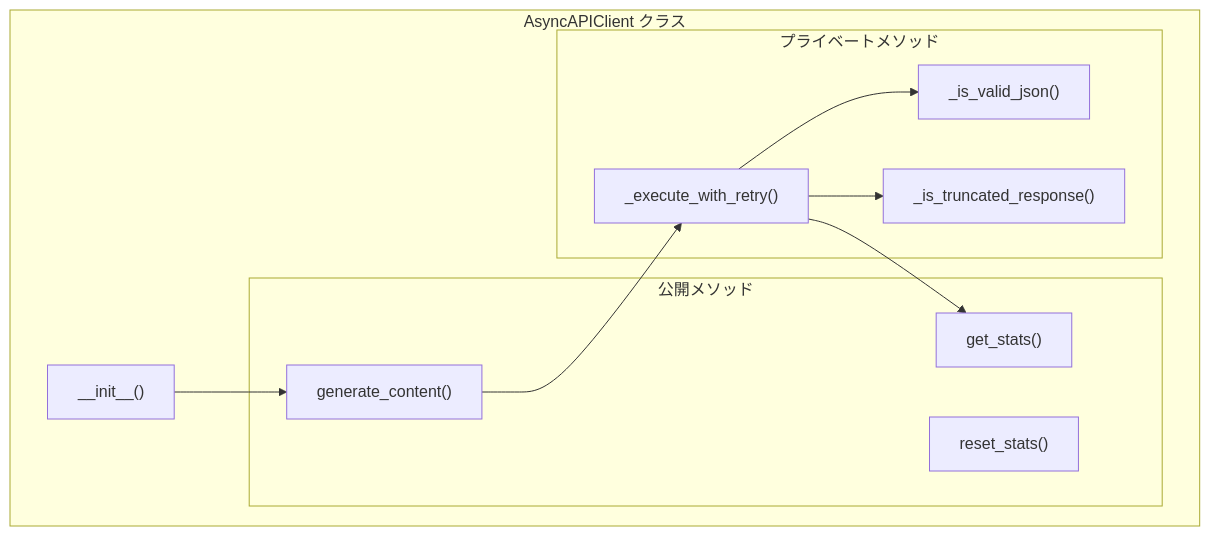
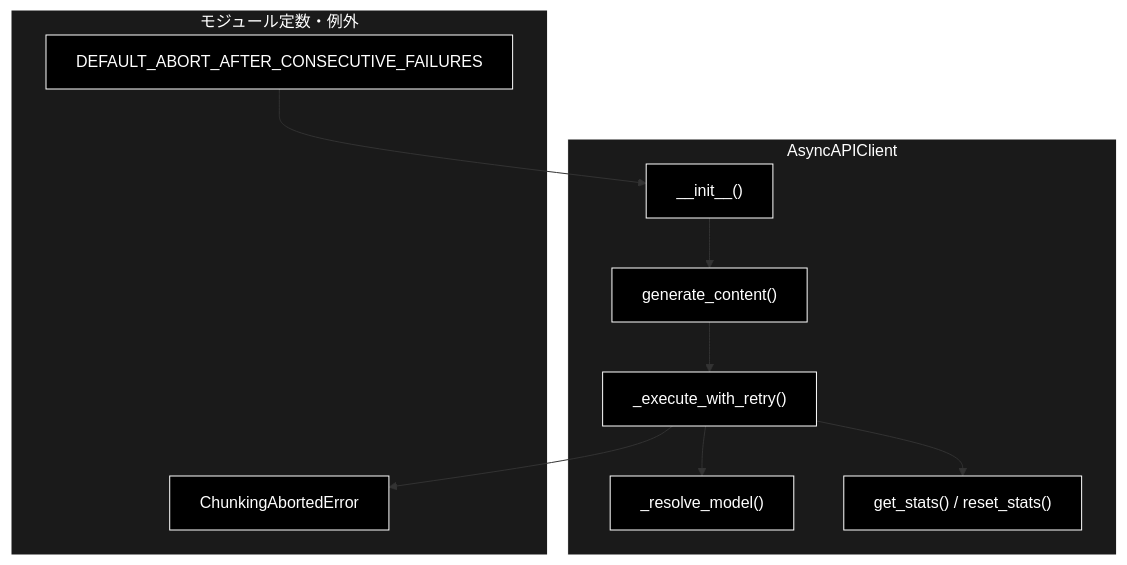
Before and after one commit to nakashima2toshio/grace_v2: the second of 3 diagrams in chunking/docs/async_api_client.md, drawn with Mermaid. The commit also changed other lines of this file and 5 other files, not shown here.

````diff
--- a/chunking/docs/async_api_client.md
+++ b/chunking/docs/async_api_client.md
@@ -91,24 +127,27 @@
 ```mermaid
 flowchart TB
-    subgraph ASYNC_CLIENT["AsyncAPIClient クラス"]
-        INIT["__init__()"]
-
-        subgraph PUBLIC["公開メソッド"]
-            GEN["generate_content()"]
-            STATS["get_stats()"]
-            RESET["reset_stats()"]
-        end
-
-        subgraph PRIVATE["プライベートメソッド"]
-            RETRY["_execute_with_retry()"]
-            VALID_JSON["_is_valid_json()"]
-            TRUNCATED["_is_truncated_response()"]
-        end
+    subgraph CONST["モジュール定数・例外"]
+        DEF["DEFAULT_ABORT_AFTER_CONSECUTIVE_FAILURES"]
+        ERR["ChunkingAbortedError"]
     end
 
-    INIT --> GEN
-    GEN --> RETRY
-    RETRY --> VALID_JSON
-    RETRY --> TRUNCATED
-    RETRY --> STATS
+    subgraph CLS["AsyncAPIClient"]
+        INIT["__init__()"]
+        RESOLVE["_resolve_model()"]
+        GENC["generate_content()"]
+        EXEC["_execute_with_retry()"]
+        STATS["get_stats() / reset_stats()"]
+    end
+
+    DEF --> INIT
+    INIT --> GENC
+    GENC --> EXEC
+    EXEC --> RESOLVE
+    EXEC --> ERR
+    EXEC --> STATS
+classDef default fill:#000,stroke:#fff,color:#fff
+classDef subgraphStyle fill:#1a1a1a,stroke:#fff,color:#fff
+class DEF,ERR,INIT,RESOLVE,GENC,EXEC,STATS default
+style CONST fill:#1a1a1a,stroke:#fff,color:#fff
+style CLS fill:#1a1a1a,stroke:#fff,color:#fff
 ```
````
